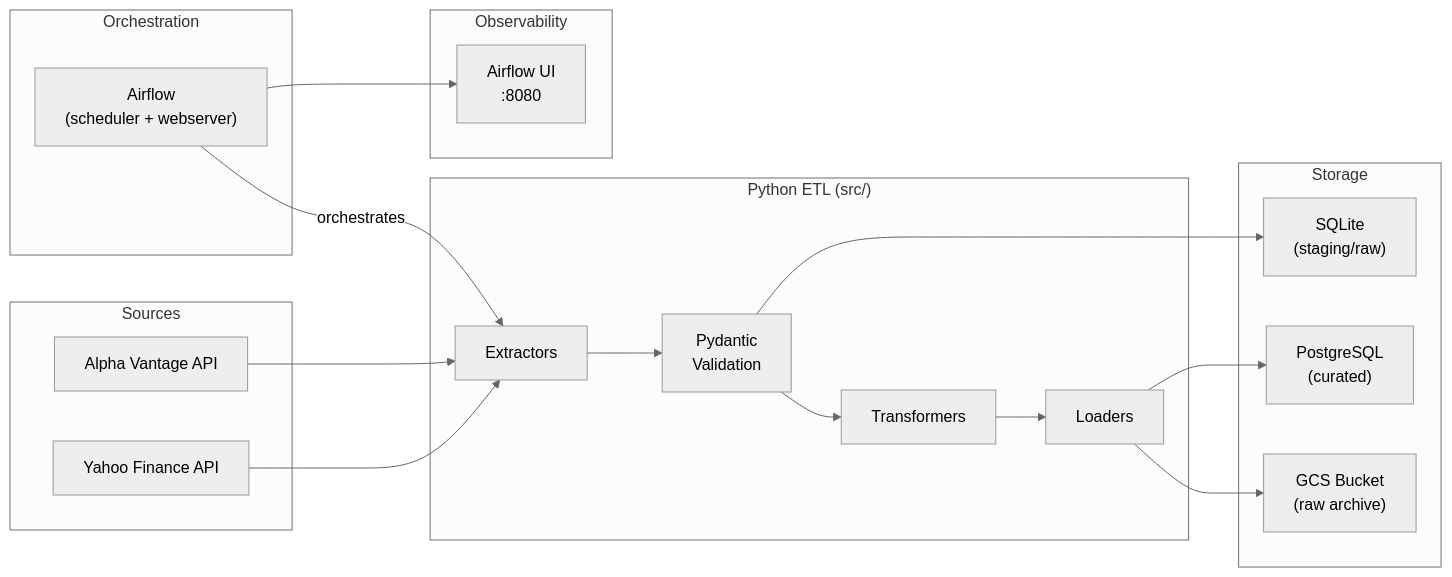
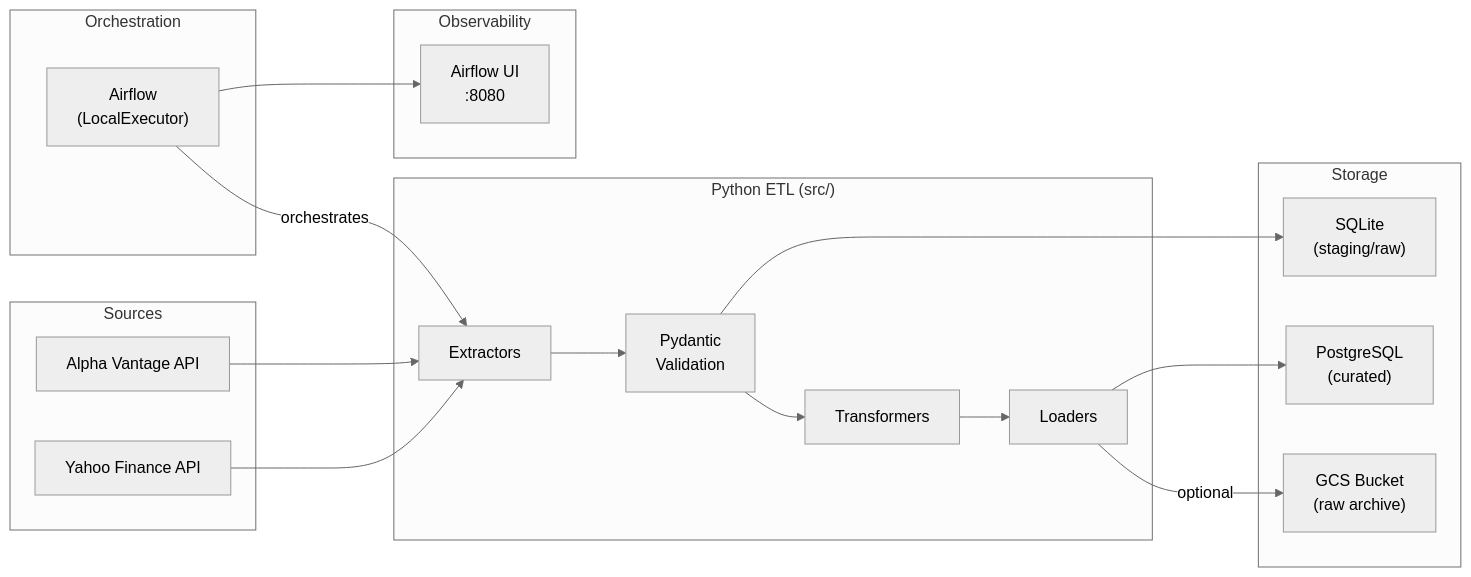
The diagram in README.md (ale-camer/financial-markets-pipeline), drawn with Mermaid (neutral theme) before and after one commit. The commit also changed other lines of this file and 4 other files, not shown here.

````diff
--- a/README.md
+++ b/README.md
@@ -12,39 +14,39 @@
 ```mermaid
 flowchart LR
     subgraph Sources
         YF["Yahoo Finance API"]
         AV["Alpha Vantage API"]
     end
 
     subgraph Orchestration
-        AF["Airflow\n(scheduler + webserver)"]
+        AF["Airflow\n(LocalExecutor)"]
     end
 
     subgraph Processing ["Python ETL (src/)"]
         EX["Extractors"]
         VA["Pydantic\nValidation"]
         TR["Transformers"]
         LO["Loaders"]
     end
 
     subgraph Storage
         SQ["SQLite\n(staging/raw)"]
         PG["PostgreSQL\n(curated)"]
         GCS["GCS Bucket\n(raw archive)"]
     end
 
     subgraph Observability
         UI["Airflow UI\n:8080"]
     end
 
     YF --> EX
     AV --> EX
     EX --> VA
     VA --> SQ
     VA --> TR
     TR --> LO
     LO --> PG
-    LO --> GCS
+    LO -->|optional| GCS
     AF -->|orchestrates| EX
     AF --> UI
 ```
````
